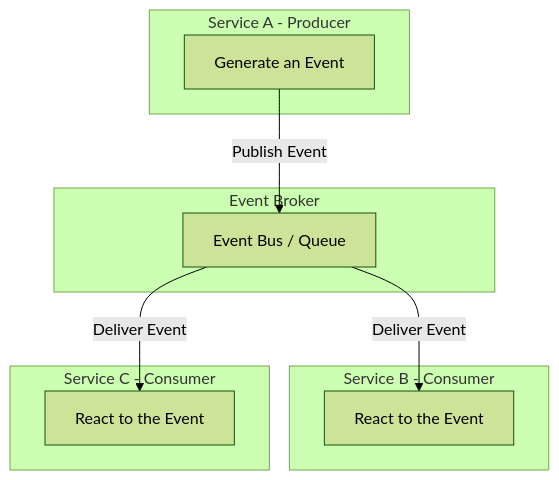
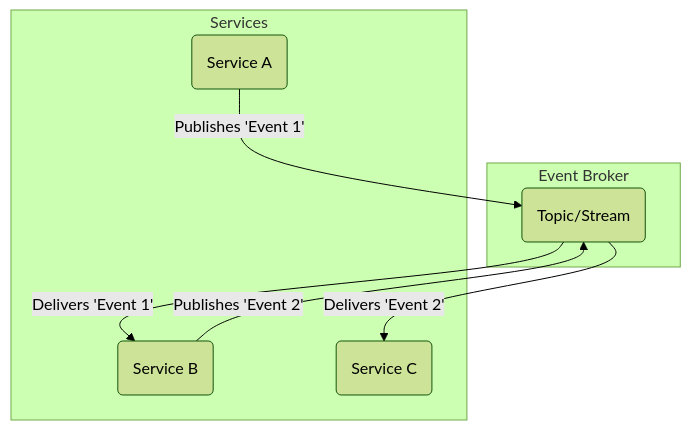
One commit to bmeurant/technical-docs changed the first of 2 diagrams in software-architecture/architectural-styles/event-driven.md. Above: the diagram before and after it, drawn with Mermaid (forest theme). The commit also changed other lines of this file and 34 other files, not shown here.

First line of the commit message:
feat: Complete comprehensive architectural review and enhancement

````diff
--- a/software-architecture/architectural-styles/event-driven.md
+++ b/software-architecture/architectural-styles/event-driven.md
@@ -22,22 +29,17 @@
 ```mermaid
 graph TD
-    subgraph Service A - Producer
-        A[Generate an Event]
+    subgraph Event Broker
+        B(Topic/Stream)
     end
 
-    subgraph Event Broker
-        B[Event Bus / Queue]
+    subgraph Services
+        S1(Service A)
+        S2(Service B)
+        S3(Service C)
     end
 
-    subgraph Service B - Consumer
-        C[React to the Event]
-    end
-
-    subgraph Service C - Consumer
-        D[React to the Event]
-    end
-
-    A -- "Publish Event" --> B
-    B -- "Deliver Event" --> C
-    B -- "Deliver Event" --> D
+    S1 -- "Publishes 'Event 1'" --> B
+    B -- "Delivers 'Event 1'" --> S2
+    S2 -- "Publishes 'Event 2'" --> B
+    B -- "Delivers 'Event 2'" --> S3
 ```
````
